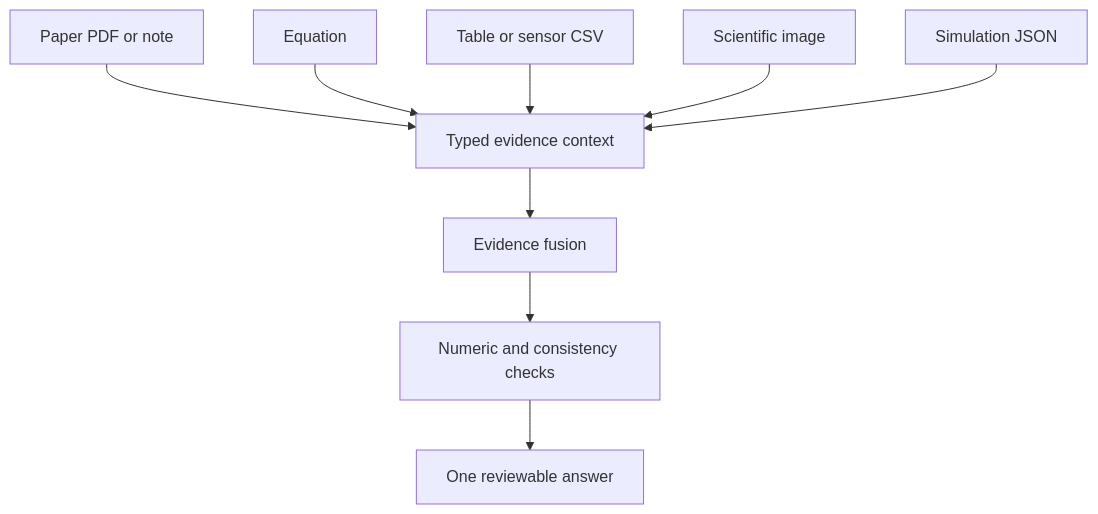
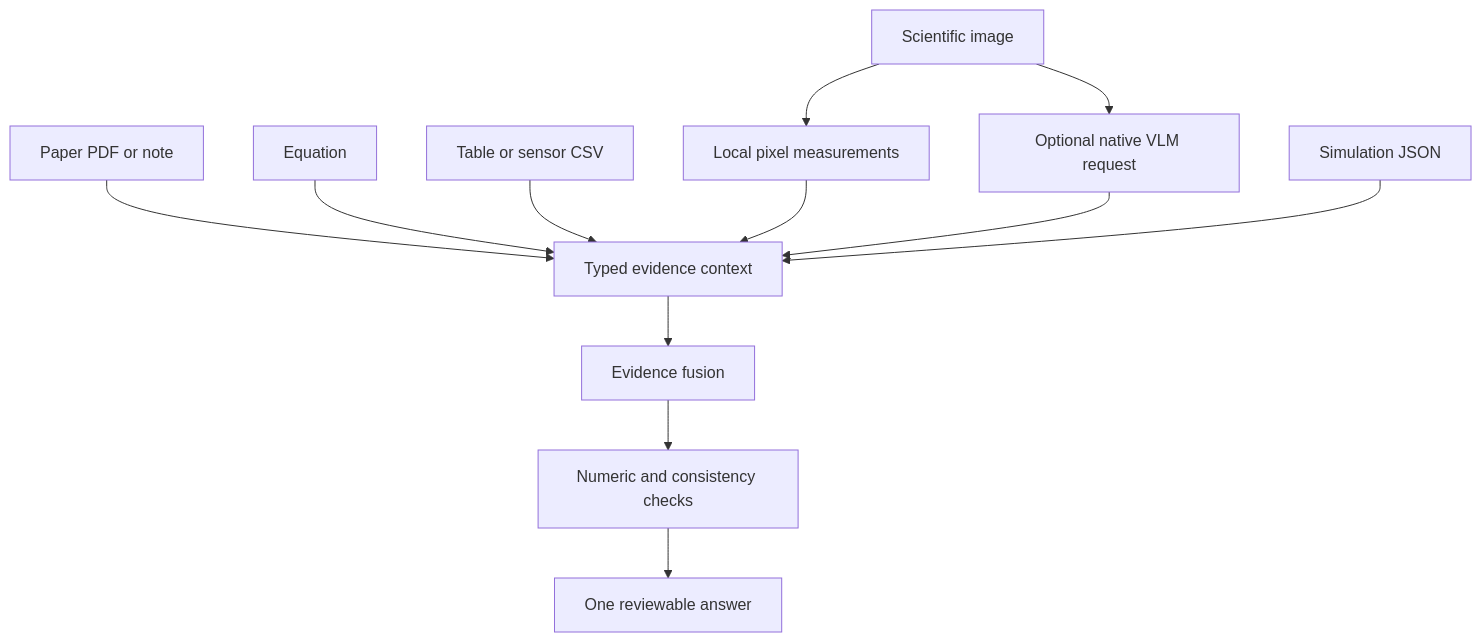
The diagram in docs/science/MULTIMODAL_SCIENCE.md (awais-akhtar/OpenAgent), drawn with Mermaid before and after one commit. The commit also changed other lines of this file and 93 other files, not shown here.

````diff
--- a/docs/science/MULTIMODAL_SCIENCE.md
+++ b/docs/science/MULTIMODAL_SCIENCE.md
@@ -8,11 +8,14 @@
 ```mermaid
 flowchart TD
   PDF[Paper PDF or note] --> Context[Typed evidence context]
   Equation[Equation] --> Context
   Table[Table or sensor CSV] --> Context
-  Image[Scientific image] --> Context
+  Image[Scientific image] --> Pixels[Local pixel measurements]
+  Image --> VLM[Optional native VLM request]
+  Pixels --> Context
+  VLM --> Context
   Simulation[Simulation JSON] --> Context
   Context --> Fusion[Evidence fusion]
   Fusion --> Verify[Numeric and consistency checks]
   Verify --> Answer[One reviewable answer]
 ```
````
